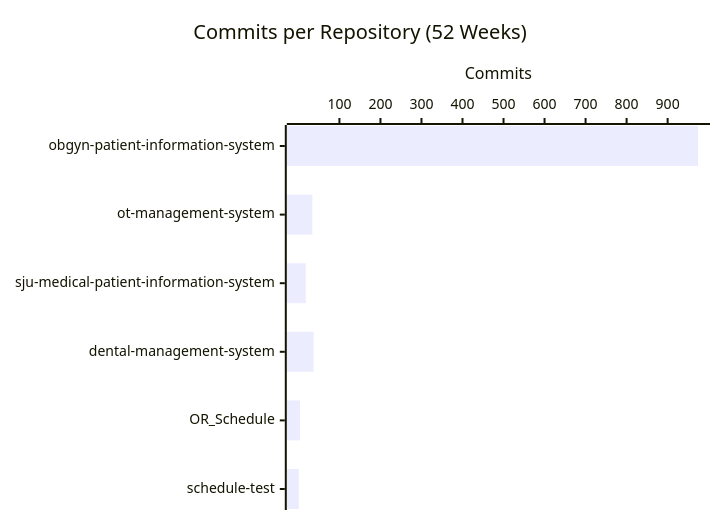
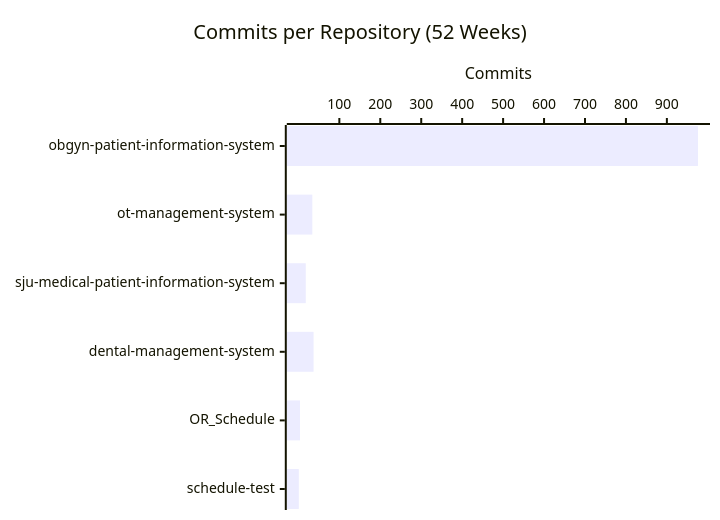
Before and after one commit to CSTH-Projects/.github: the second of 4 diagrams in profile/README.md, drawn with Mermaid. The commit also changed other lines of this file, not shown here.

````diff
--- a/profile/README.md
+++ b/profile/README.md
@@ -24,7 +24,7 @@
 ```mermaid
 xychart-beta horizontal
     title "Commits per Repository (52 Weeks)"
     x-axis ["obgyn-patient-information-system", "ot-management-system", "sju-medical-patient-information-system", "dental-management-system", "OR_Schedule", "schedule-test"]
     y-axis "Commits"
-    bar [974, 34, 18, 37, 4, 1]
+    bar [976, 34, 18, 37, 4, 1]
 ```
````
